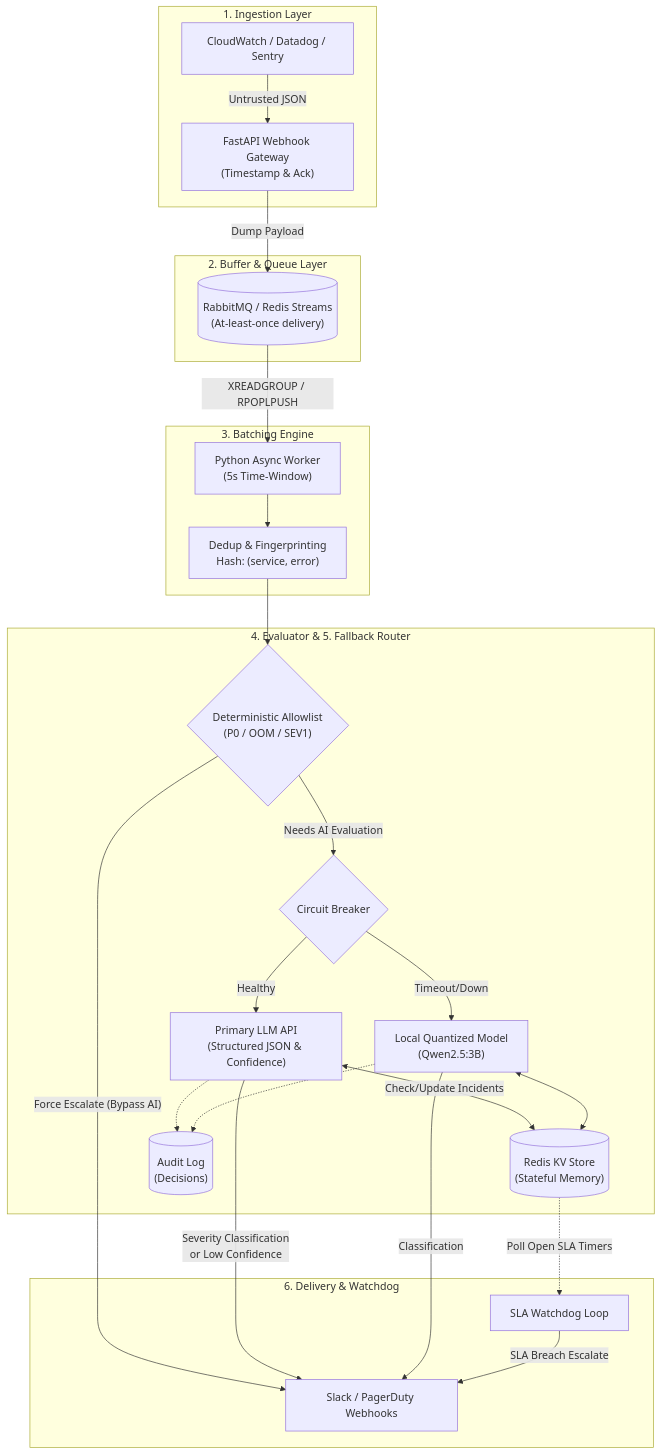
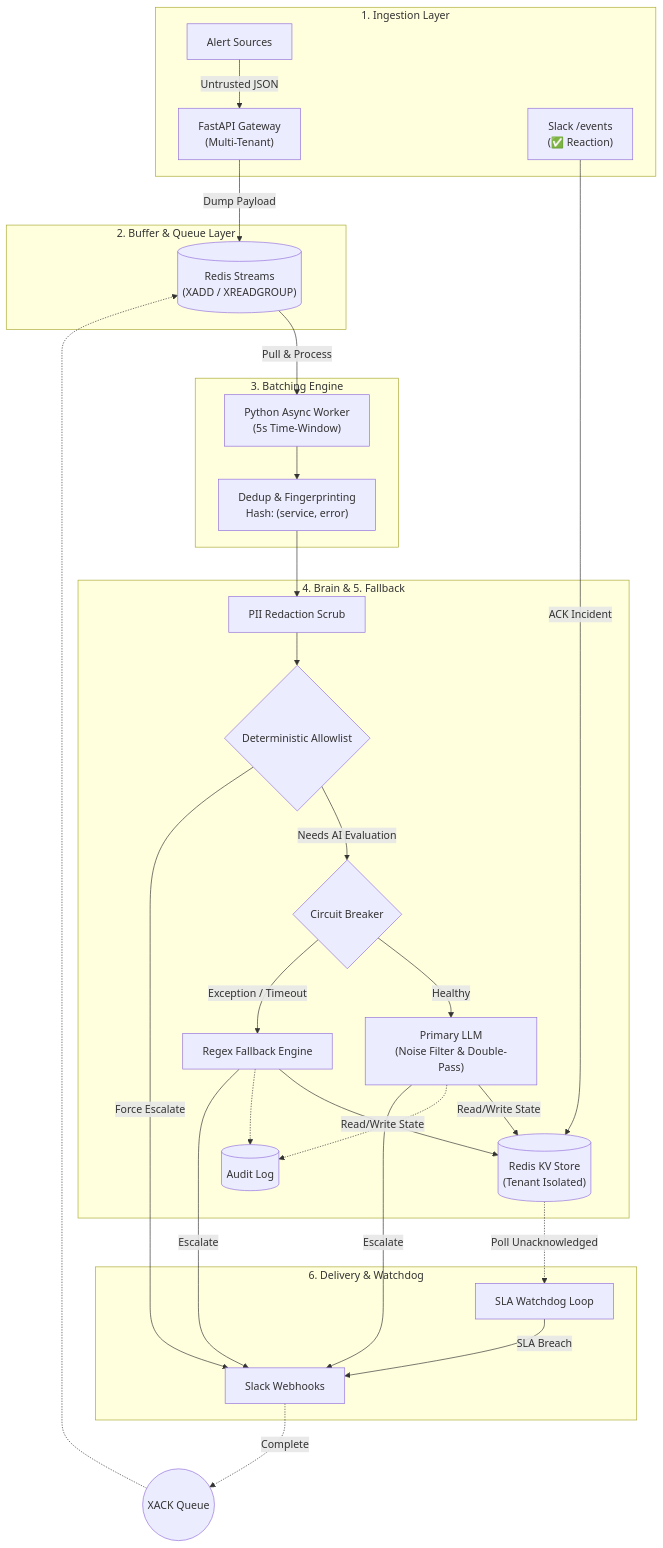
One commit to Anurag-Kacholiya/Incident-Command-SRE-Router changed the diagram in docs/architecture_diagram.md. Above: the diagram before and after it, drawn with Mermaid. The commit also changed other lines of this file and 2 other files, not shown here.

Commit message:
docs: add SRE architecture HTML visualization and refine system component diagrams

````diff
--- a/docs/architecture_diagram.md
+++ b/docs/architecture_diagram.md
@@ -5,60 +5,70 @@
 ```mermaid
 flowchart TD
     %% 1. Ingestion Layer
     subgraph Ingestion ["1. Ingestion Layer"]
-        Sources["CloudWatch / Datadog / Sentry"]
-        API["FastAPI Webhook Gateway\n(Timestamp & Ack)"]
+        Sources["Alert Sources"]
+        API["FastAPI Gateway\n(Multi-Tenant)"]
+        SlackEvent["Slack /events\n(✅ Reaction)"]
+        
         Sources -- "Untrusted JSON" --> API
     end
 
     %% 2. Buffer & Queue Layer
     subgraph QueueLayer ["2. Buffer & Queue Layer"]
-        Queue[("RabbitMQ / Redis Streams\n(At-least-once delivery)")]
+        Queue[("Redis Streams\n(XADD / XREADGROUP)")]
         API -- "Dump Payload" --> Queue
     end
 
     %% 3. Batching Engine
     subgraph BatchingLayer ["3. Batching Engine"]
         Worker["Python Async Worker\n(5s Time-Window)"]
         Dedup["Dedup & Fingerprinting\nHash: (service, error)"]
-        Queue -- "XREADGROUP / RPOPLPUSH" --> Worker
+        
+        Queue -- "Pull & Process" --> Worker
         Worker --> Dedup
     end
 
     %% 4. AI Evaluator & 5. Fallback Router
-    subgraph IntelligenceLayer ["4. Evaluator & 5. Fallback Router"]
-        Rules{"Deterministic Allowlist\n(P0 / OOM / SEV1)"}
+    subgraph IntelligenceLayer ["4. Brain & 5. Fallback"]
+        PII["PII Redaction Scrub"]
+        Rules{"Deterministic Allowlist"}
         CircuitBreaker{"Circuit Breaker"}
         
-        LLM["Primary LLM API\n(Structured JSON & Confidence)"]
-        LocalFallback["Local Quantized Model\n(Qwen2.5:3B)"]
+        LLM["Primary LLM\n(Noise Filter & Double-Pass)"]
+        RegexFallback["Regex Fallback Engine"]
         
-        StateStore[("Redis KV Store\n(Stateful Memory)")]
-        AuditLog[("Audit Log\n(Decisions)")]
+        StateStore[("Redis KV Store\n(Tenant Isolated)")]
+        AuditLog[("Audit Log")]
         
-        Dedup --> Rules
+        Dedup --> PII
+        PII --> Rules
         Rules -- "Needs AI Evaluation" --> CircuitBreaker
         
         CircuitBreaker -- "Healthy" --> LLM
-        CircuitBreaker -- "Timeout/Down" --> LocalFallback
+        CircuitBreaker -- "Exception / Timeout" --> RegexFallback
         
-        LLM <--> |"Check/Update Incidents"| StateStore
-        LocalFallback <--> StateStore
+        LLM -- "Read/Write State" --> StateStore
+        RegexFallback -- "Read/Write State" --> StateStore
         
         LLM -.-> AuditLog
-        LocalFallback -.-> AuditLog
+        RegexFallback -.-> AuditLog
     end
 
     %% 6. Delivery & Watchdog
     subgraph DeliveryLayer ["6. Delivery & Watchdog"]
-        DeliveryAPI["Slack / PagerDuty Webhooks"]
+        DeliveryAPI["Slack Webhooks"]
         Watchdog["SLA Watchdog Loop"]
         
-        Rules -- "Force Escalate (Bypass AI)" --> DeliveryAPI
-        LLM -- "Severity Classification\nor Low Confidence" --> DeliveryAPI
-        LocalFallback -- "Classification" --> DeliveryAPI
+        Rules -- "Force Escalate" --> DeliveryAPI
+        LLM -- "Escalate" --> DeliveryAPI
+        RegexFallback -- "Escalate" --> DeliveryAPI
         
-        StateStore -.-> |"Poll Open SLA Timers"| Watchdog
-        Watchdog -- "SLA Breach Escalate" --> DeliveryAPI
+        StateStore -. "Poll Unacknowledged" .-> Watchdog
+        Watchdog -- "SLA Breach" --> DeliveryAPI
+        SlackEvent -- "ACK Incident" --> StateStore
     end
+    
+    %% Worker XACK completion
+    DeliveryAPI -. "Complete" .-> XACK(("XACK Queue"))
+    XACK -.-> Queue
 ```
````
